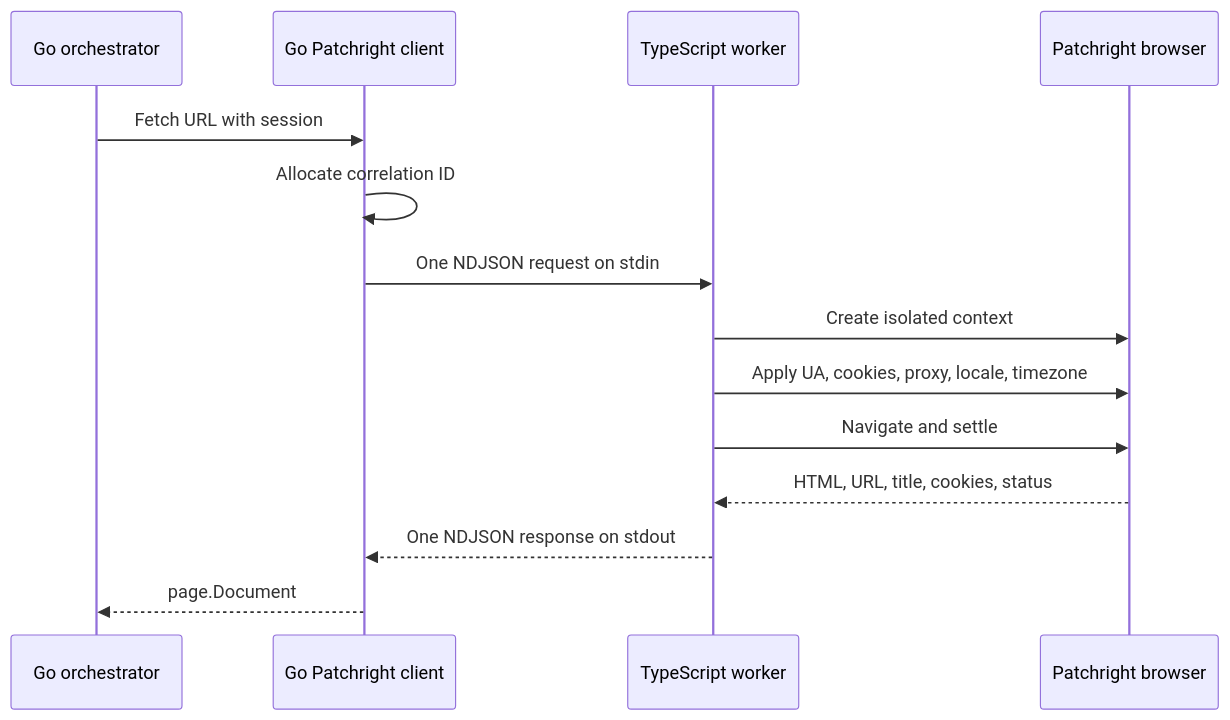
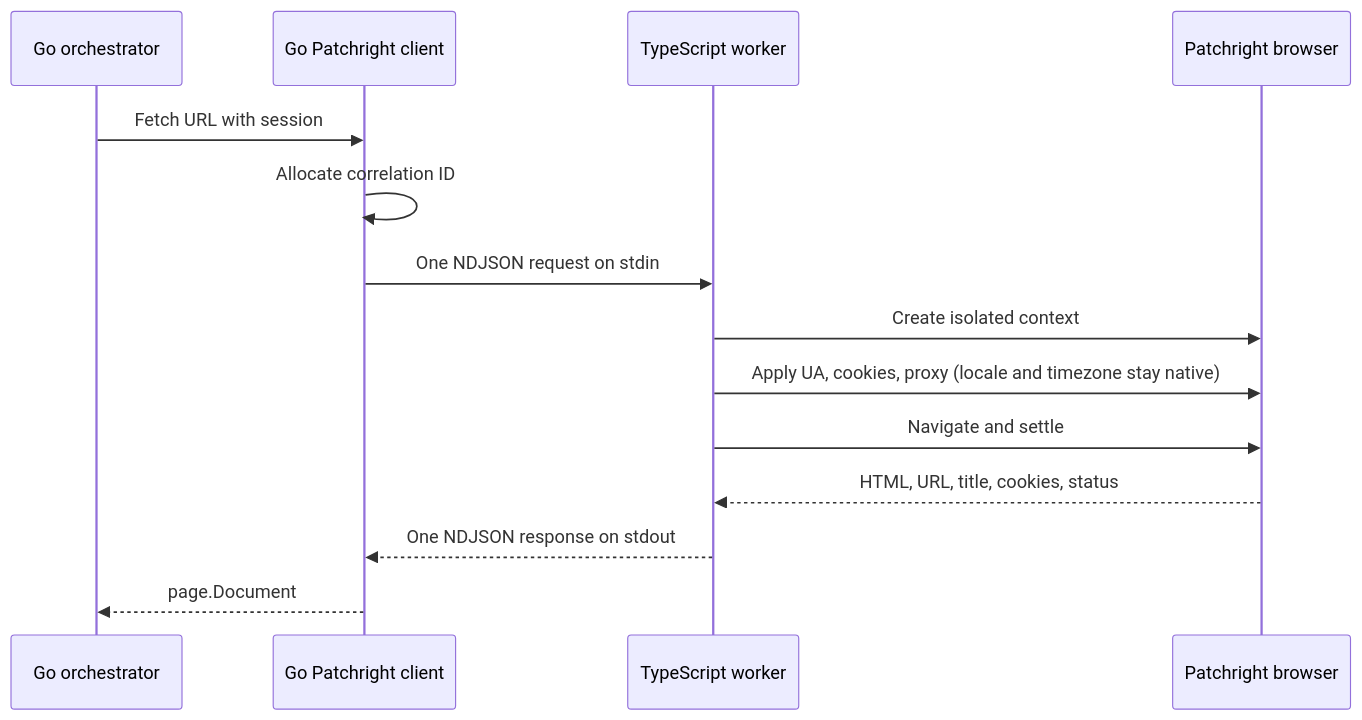
One commit to simonbalfe/pagelode changed the third of 7 diagrams in docs/architecture.md. Above: the diagram before and after it, drawn with Mermaid. The commit also changed 2 other files, not shown here.

Commit message:
Keep native Patchright locale and timezone to pass Cloudflare

````diff
--- a/docs/architecture.md
+++ b/docs/architecture.md
@@ -113,17 +113,17 @@
 ```mermaid
 sequenceDiagram
     participant O as Go orchestrator
     participant C as Go Patchright client
     participant W as TypeScript worker
     participant B as Patchright browser
 
     O->>C: Fetch URL with session
     C->>C: Allocate correlation ID
     C->>W: One NDJSON request on stdin
     W->>B: Create isolated context
-    W->>B: Apply UA, cookies, proxy, locale, timezone
+    W->>B: Apply UA, cookies, proxy (locale and timezone stay native)
     W->>B: Navigate and settle
     B-->>W: HTML, URL, title, cookies, status
     W-->>C: One NDJSON response on stdout
     C-->>O: page.Document
 ```
````
